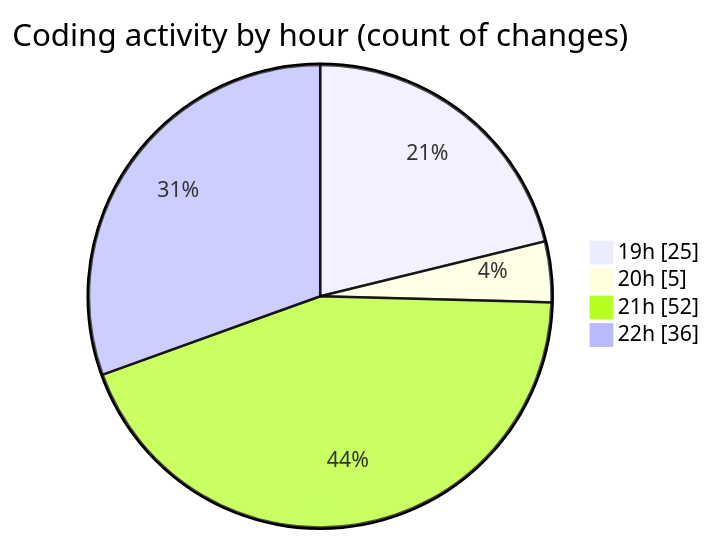
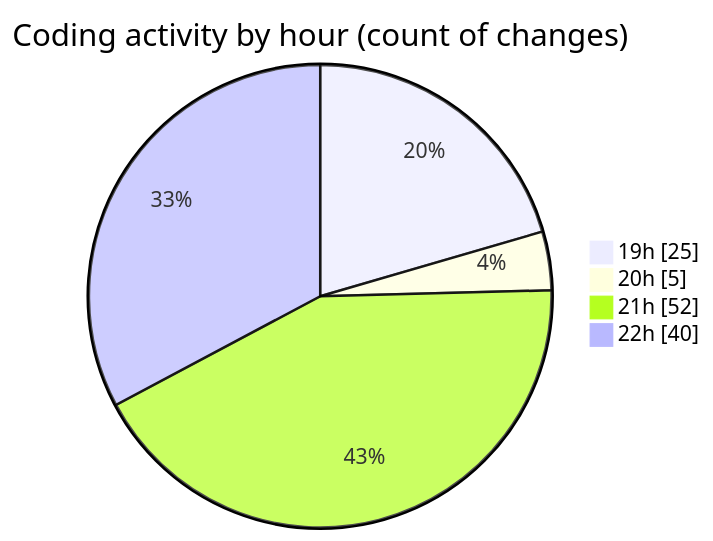
The second of 2 diagrams in 2025-02-28/cda/README.md (momahboobian/code-tracking), drawn with Mermaid before and after one commit. The commit also changed other lines of this file and 1 other file, not shown here.

````diff
--- a/2025-02-28/cda/README.md
+++ b/2025-02-28/cda/README.md
@@ -35,8 +35,8 @@
 ```mermaid
 pie showData
 title Coding activity by hour (count of changes)
 "19h" : 25
 "20h" : 5
 "21h" : 52
-"22h" : 36
+"22h" : 40
 ```
````
